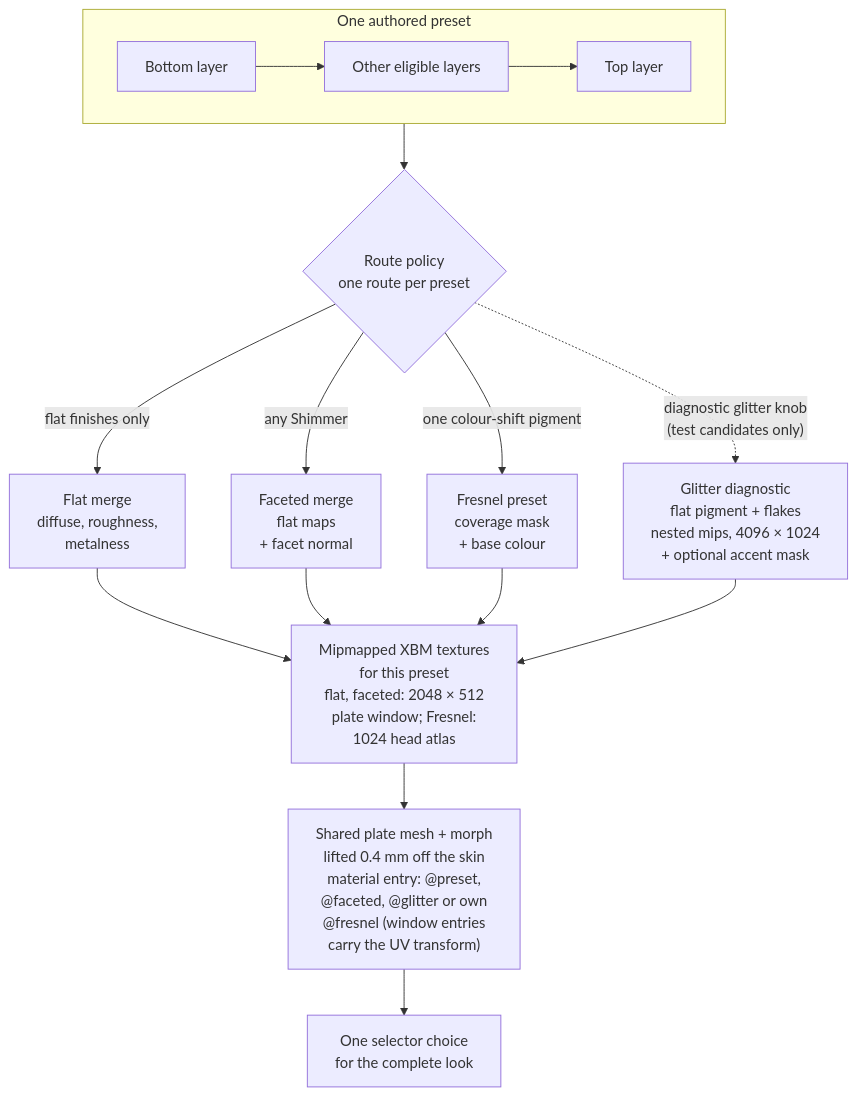
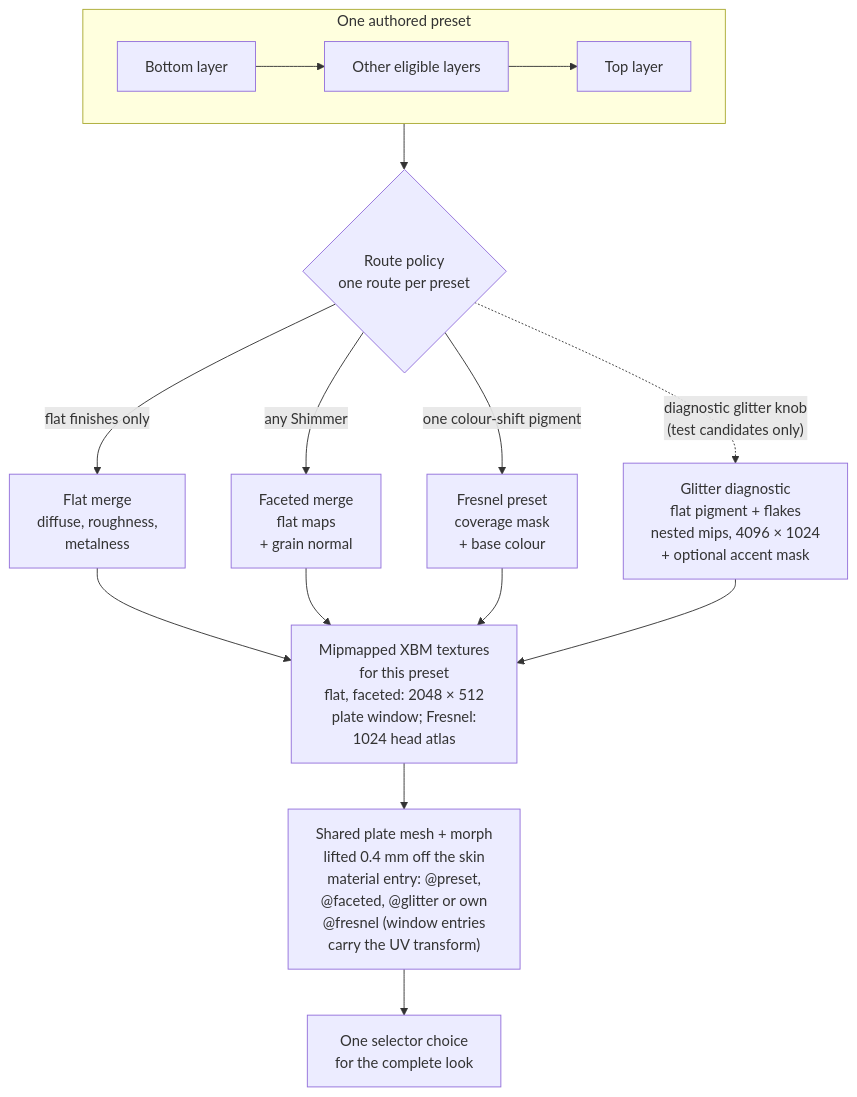
Before and after one commit to axefrog/xf-studio: the fourth of 4 diagrams in research/authoring/studio-to-mod-pipeline.md, drawn with Mermaid. The commit also changed other lines of this file and 13 other files, not shown here.

First line of the commit message:
Shimmer grain: experiment 030 diagnosis, design page, pipeline guide and the in-game test card

````diff
--- a/research/authoring/studio-to-mod-pipeline.md
+++ b/research/authoring/studio-to-mod-pipeline.md
@@ -188,18 +188,18 @@
 ```mermaid
 flowchart TB
   subgraph one["One authored preset"]
     direction LR
     low["Bottom layer"] --> mid["Other eligible layers"] --> top["Top layer"]
   end
   top --> route{"Route policy<br/>one route per preset"}
   route -- "flat finishes only" --> flat["Flat merge<br/>diffuse, roughness,<br/>metalness"]
-  route -- "any Shimmer" --> faceted["Faceted merge<br/>flat maps<br/>+ facet normal"]
+  route -- "any Shimmer" --> faceted["Faceted merge<br/>flat maps<br/>+ grain normal"]
   route -- "one colour-shift pigment" --> fresnel["Fresnel preset<br/>coverage mask<br/>+ base colour"]
   route -. "diagnostic glitter knob<br/>(test candidates only)" .-> glitter["Glitter diagnostic<br/>flat pigment + flakes<br/>nested mips, 4096 × 1024<br/>+ optional accent mask"]
   flat --> maps["Mipmapped XBM textures<br/>for this preset<br/>flat, faceted: 2048 × 512<br/>plate window; Fresnel:<br/>1024 head atlas"]
   faceted --> maps
   fresnel --> maps
   glitter --> maps
   maps --> shared["Shared plate mesh + morph<br/>lifted 0.4 mm off the skin<br/>material entry: @preset,<br/>@faceted, @glitter or own<br/>@fresnel (window entries<br/>carry the UV transform)"]
   shared --> choice["One selector choice<br/>for the complete look"]
 ```
````
